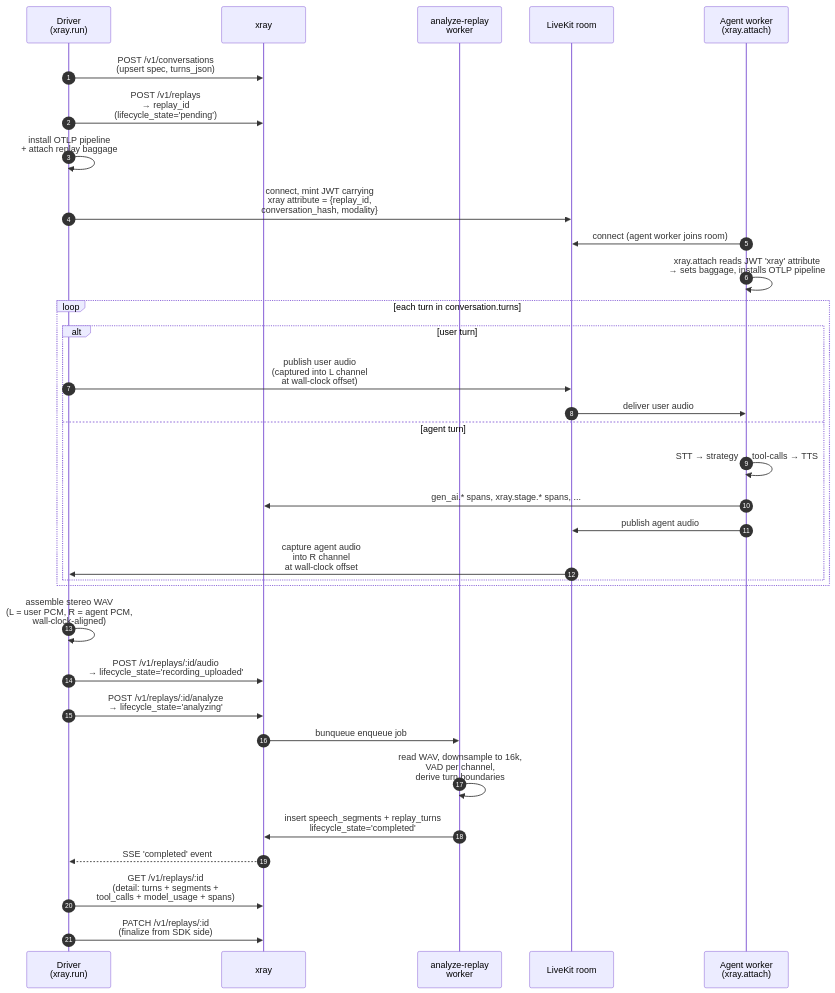
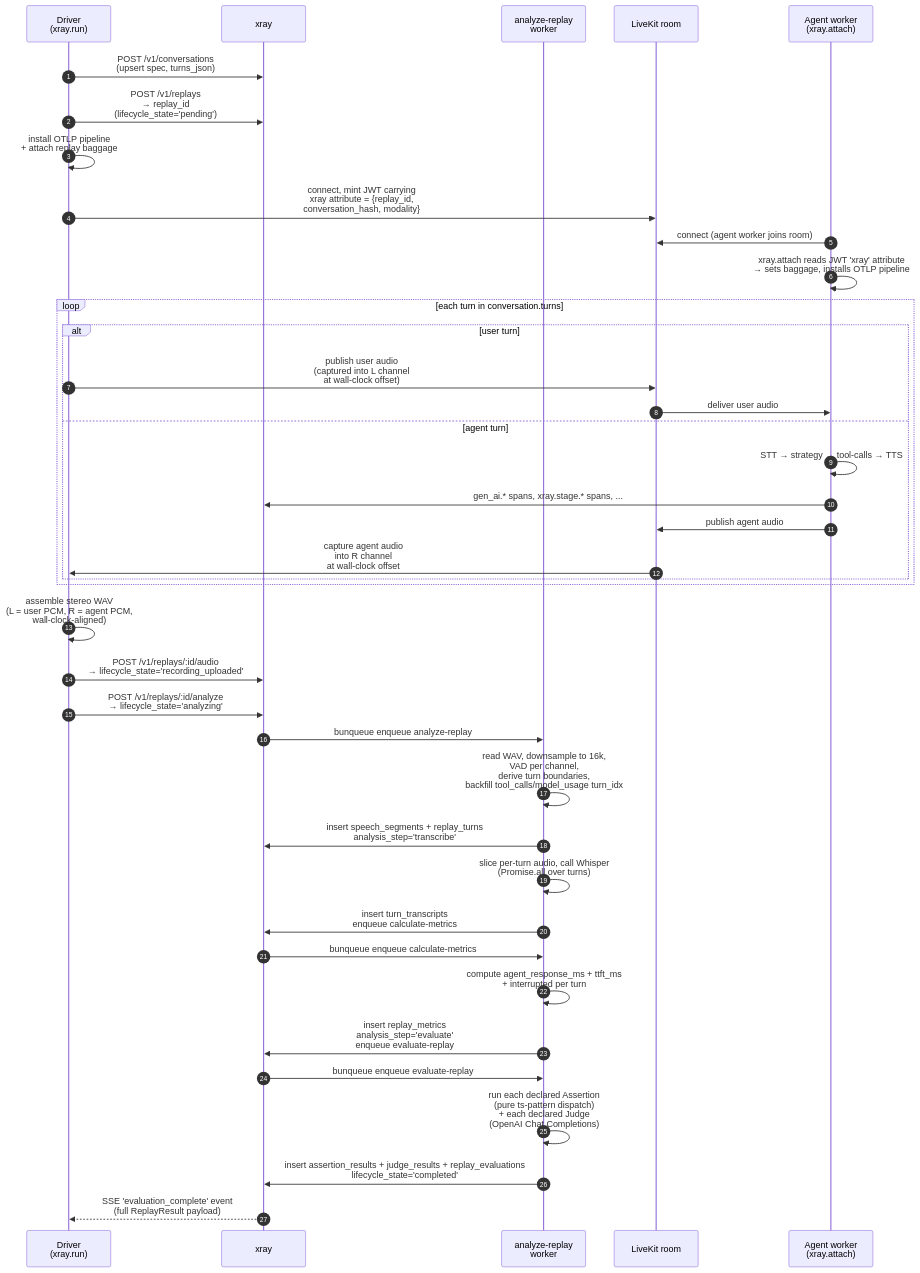
The third of 5 diagrams in docs/architecture.md (xray-eval/xray), drawn with Mermaid before and after one commit. The commit also changed other lines of this file and 71 other files, not shown here.

First line of the commit message:
feat: server-side assertion + judge evaluator (#74)

````diff
--- a/docs/architecture.md
+++ b/docs/architecture.md
@@ -227,38 +242,44 @@
 ```mermaid
 sequenceDiagram
     autonumber
     participant D as Driver<br/>(xray.run)
     participant X as xray
     participant W as analyze-replay<br/>worker
     participant LK as LiveKit room
     participant A as Agent worker<br/>(xray.attach)
 
     D->>X: POST /v1/conversations<br/>(upsert spec, turns_json)
     D->>X: POST /v1/replays<br/>→ replay_id<br/>(lifecycle_state='pending')
     D->>D: install OTLP pipeline<br/>+ attach replay baggage
     D->>LK: connect, mint JWT carrying<br/>xray attribute = {replay_id,<br/>conversation_hash, modality}
     A->>LK: connect (agent worker joins room)
     A->>A: xray.attach reads JWT 'xray' attribute<br/>→ sets baggage, installs OTLP pipeline
 
     loop each turn in conversation.turns
       alt user turn
         D->>LK: publish user audio<br/>(captured into L channel<br/>at wall-clock offset)
         LK->>A: deliver user audio
       else agent turn
         A->>A: STT → strategy → tool-calls → TTS
         A->>X: gen_ai.* spans, xray.stage.* spans, ...
         A->>LK: publish agent audio
         LK->>D: capture agent audio<br/>into R channel<br/>at wall-clock offset
       end
     end
 
     D->>D: assemble stereo WAV<br/>(L = user PCM, R = agent PCM,<br/>wall-clock-aligned)
     D->>X: POST /v1/replays/:id/audio<br/>→ lifecycle_state='recording_uploaded'
     D->>X: POST /v1/replays/:id/analyze<br/>→ lifecycle_state='analyzing'
-    X->>W: bunqueue enqueue job
-    W->>W: read WAV, downsample to 16k,<br/>VAD per channel,<br/>derive turn boundaries
-    W->>X: insert speech_segments + replay_turns<br/>lifecycle_state='completed'
-    X-->>D: SSE 'completed' event
-    D->>X: GET /v1/replays/:id<br/>(detail: turns + segments +<br/>tool_calls + model_usage + spans)
-    D->>X: PATCH /v1/replays/:id<br/>(finalize from SDK side)
+    X->>W: bunqueue enqueue analyze-replay
+    W->>W: read WAV, downsample to 16k,<br/>VAD per channel,<br/>derive turn boundaries,<br/>backfill tool_calls/model_usage turn_idx
+    W->>X: insert speech_segments + replay_turns<br/>analysis_step='transcribe'
+    W->>W: slice per-turn audio, call Whisper<br/>(Promise.all over turns)
+    W->>X: insert turn_transcripts<br/>enqueue calculate-metrics
+    X->>W: bunqueue enqueue calculate-metrics
+    W->>W: compute agent_response_ms + ttft_ms<br/>+ interrupted per turn
+    W->>X: insert replay_metrics<br/>analysis_step='evaluate'<br/>enqueue evaluate-replay
+    X->>W: bunqueue enqueue evaluate-replay
+    W->>W: run each declared Assertion<br/>(pure ts-pattern dispatch)<br/>+ each declared Judge<br/>(OpenAI Chat Completions)
+    W->>X: insert assertion_results + judge_results + replay_evaluations<br/>lifecycle_state='completed'
+    X-->>D: SSE 'evaluation_complete' event<br/>(full ReplayResult payload)
 ```
````
